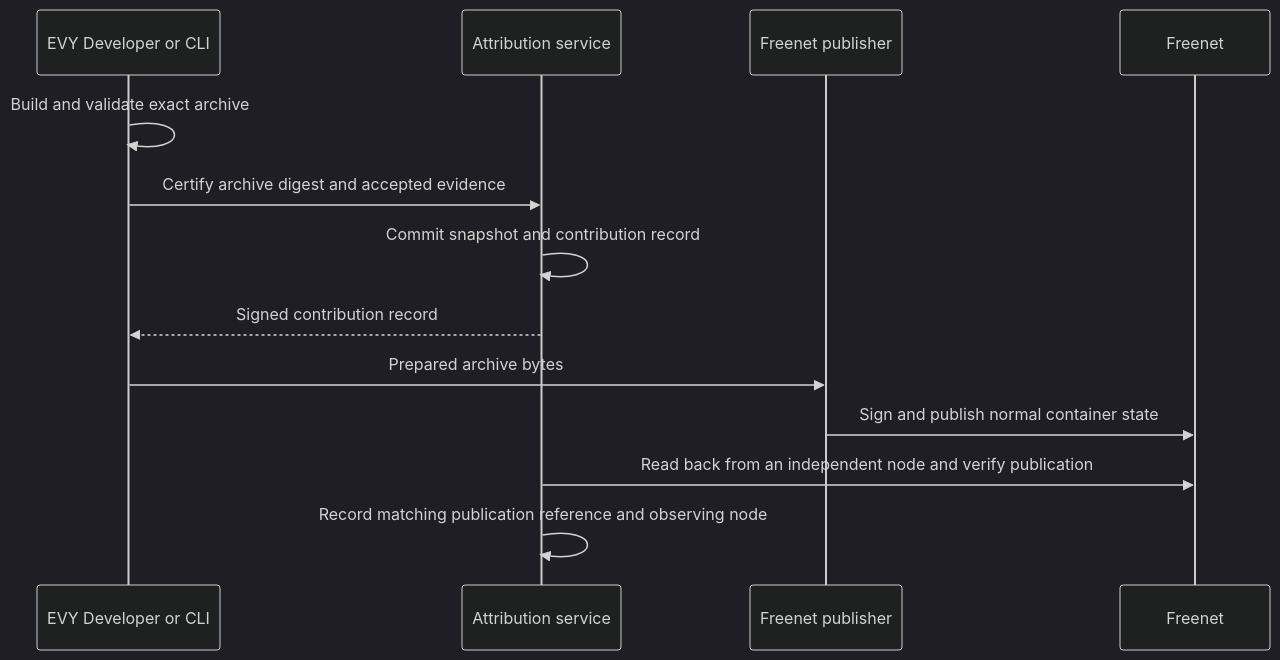
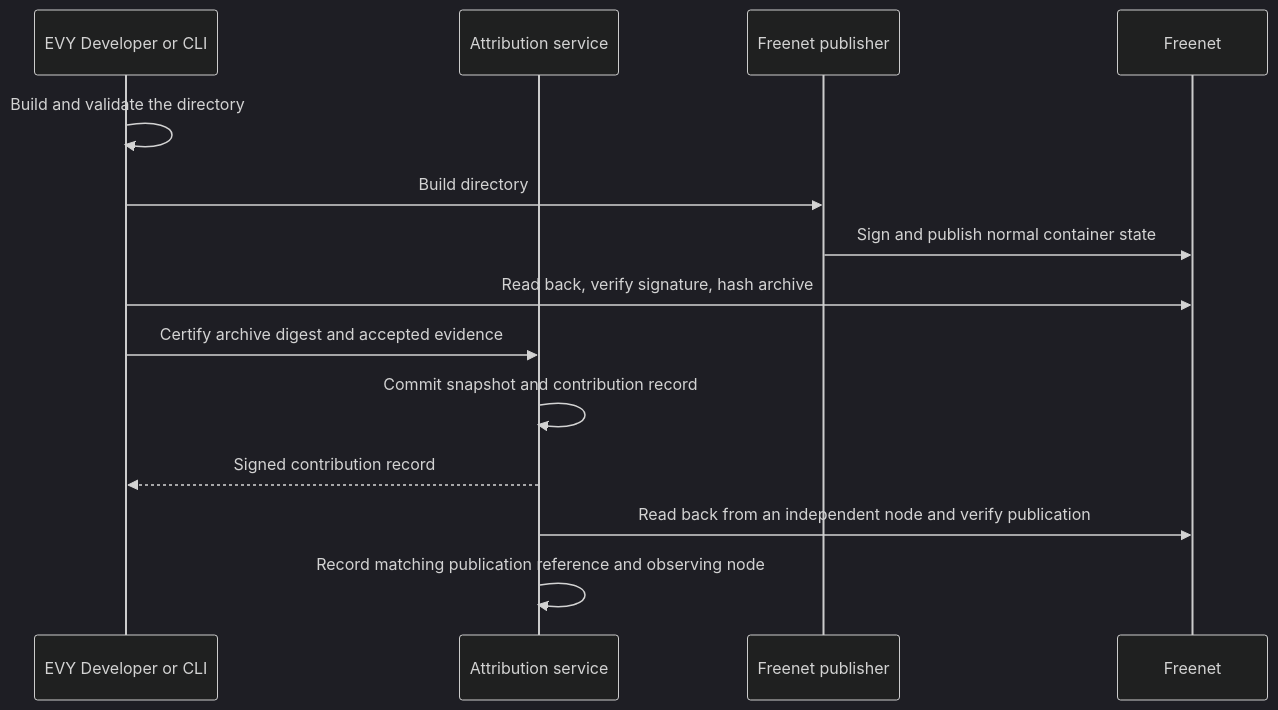
Before and after one commit to EVY-Platform/evy-freenet-plans: the third of 3 diagrams in attribution/README.md, drawn with Mermaid (dark theme). The commit also changed other lines of this file and 12 other files, not shown here.

````diff
--- a/attribution/README.md
+++ b/attribution/README.md
@@ -119,15 +120,16 @@
 ```mermaid
 sequenceDiagram
     participant Builder as EVY Developer or CLI
     participant Attribution as Attribution service
     participant Publisher as Freenet publisher
     participant Network as Freenet
-    Builder->>Builder: Build and validate exact archive
+    Builder->>Builder: Build and validate the directory
+    Builder->>Publisher: Build directory
+    Publisher->>Network: Sign and publish normal container state
+    Builder->>Network: Read back, verify signature, hash archive
     Builder->>Attribution: Certify archive digest and accepted evidence
     Attribution->>Attribution: Commit snapshot and contribution record
     Attribution-->>Builder: Signed contribution record
-    Builder->>Publisher: Prepared archive bytes
-    Publisher->>Network: Sign and publish normal container state
     Attribution->>Network: Read back from an independent node and verify publication
     Attribution->>Attribution: Record matching publication reference and observing node
 ```
````
